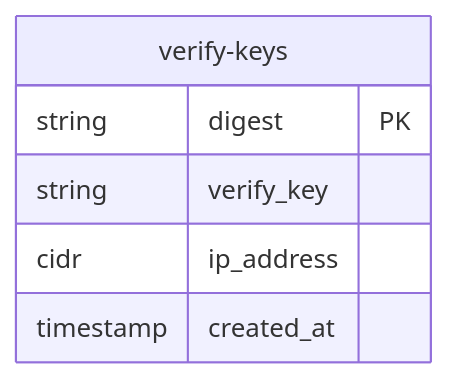
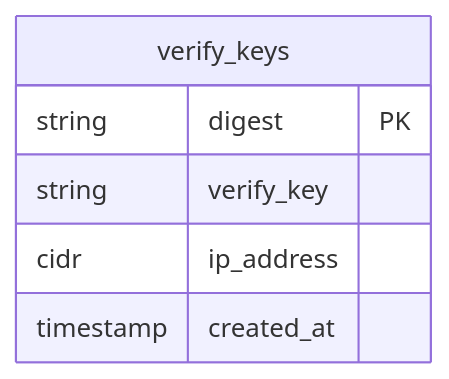
Before and after one commit to nanasi-1/encrypted-board: the second of 3 diagrams in docs/db-relations.md, drawn with Mermaid. The commit also changed other lines of this file and 11 other files, not shown here.

````diff
--- a/docs/db-relations.md
+++ b/docs/db-relations.md
@@ -29,9 +29,9 @@
 ```mermaid
 erDiagram
-verify-keys {
+verify_keys {
   string digest PK
   string verify_key
   cidr ip_address
   timestamp created_at
 }
 ```
````
